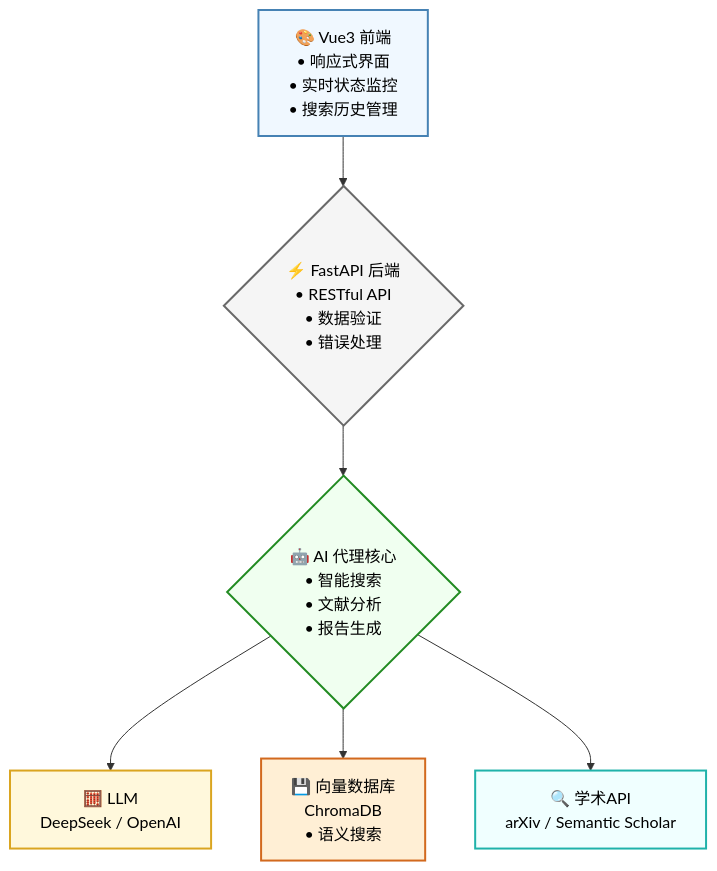
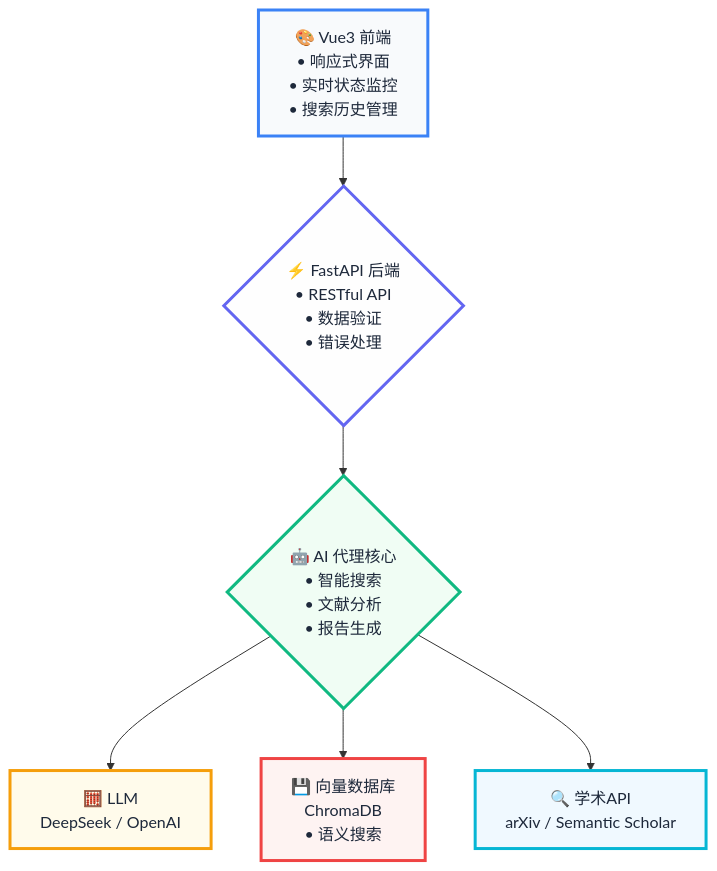
Before and after one commit to PrescottClub/AI-Agent-for-Automated-Literature-Review-Summarization: the diagram in README.md, drawn with Mermaid. The commit also changed 5 other files, not shown here.

First line of the commit message:
优化系统架构图配色方案并清理AI开发痕迹

````diff
--- a/README.md
+++ b/README.md
@@ -62,22 +62,22 @@
 ```mermaid
 graph TD
     A[🎨 Vue3 前端<br/>• 响应式界面<br/>• 实时状态监控<br/>• 搜索历史管理]
     B{⚡ FastAPI 后端<br/>• RESTful API<br/>• 数据验证<br/>• 错误处理}
     C{🤖 AI 代理核心<br/>• 智能搜索<br/>• 文献分析<br/>• 报告生成}
     D[🧮 LLM<br/>DeepSeek / OpenAI]
     E[💾 向量数据库<br/>ChromaDB<br/>• 语义搜索]
     F[🔍 学术API<br/>arXiv / Semantic Scholar]
 
     A --> B
     B --> C
     C --> D
     C --> E
     C --> F
 
-    style A fill:#f0f8ff,stroke:#4682b4,stroke-width:2px,color:#000000
-    style B fill:#f5f5f5,stroke:#696969,stroke-width:2px,color:#000000
-    style C fill:#f0fff0,stroke:#228b22,stroke-width:2px,color:#000000
-    style D fill:#fff8dc,stroke:#daa520,stroke-width:2px,color:#000000
-    style E fill:#ffefd5,stroke:#d2691e,stroke-width:2px,color:#000000
-    style F fill:#f0ffff,stroke:#20b2aa,stroke-width:2px,color:#000000
+    style A fill:#f8fafc,stroke:#3b82f6,stroke-width:3px,color:#1e293b
+    style B fill:#fefefe,stroke:#6366f1,stroke-width:3px,color:#1e293b
+    style C fill:#f0fdf4,stroke:#10b981,stroke-width:3px,color:#1e293b
+    style D fill:#fffbeb,stroke:#f59e0b,stroke-width:3px,color:#1e293b
+    style E fill:#fef3f2,stroke:#ef4444,stroke-width:3px,color:#1e293b
+    style F fill:#f0f9ff,stroke:#06b6d4,stroke-width:3px,color:#1e293b
 ```
````
